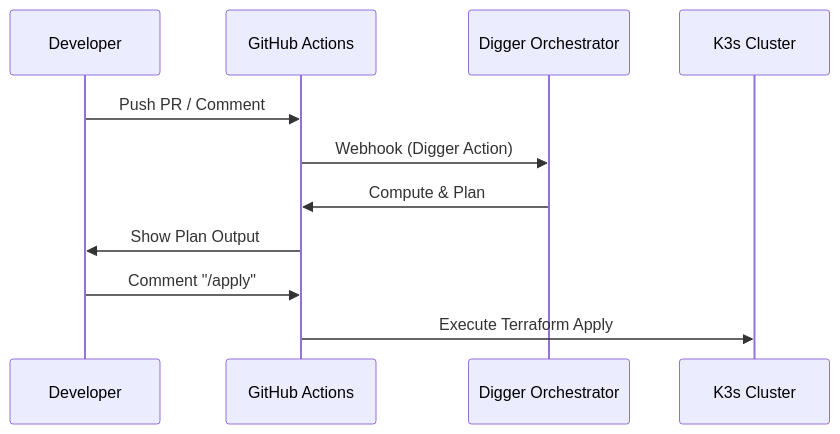
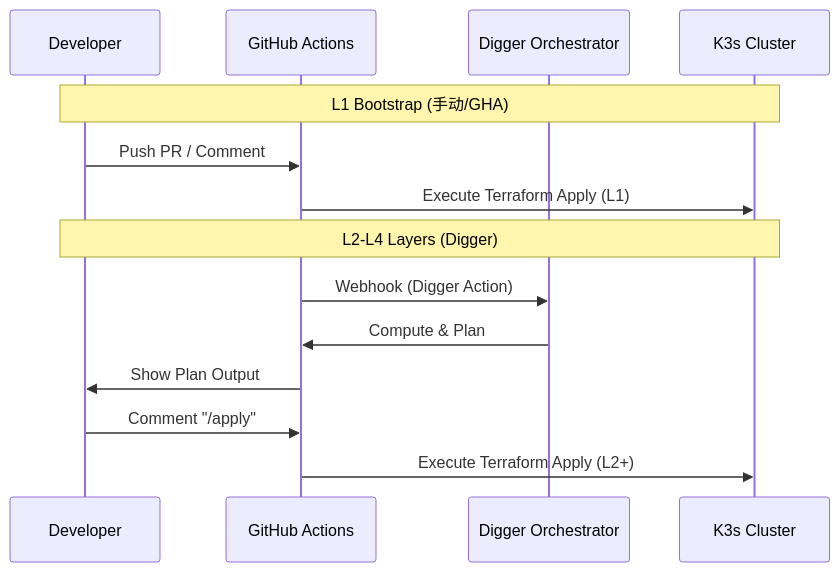
The diagram in docs/ssot/bootstrap.compute.md (wangzitian0/infra), drawn with Mermaid before and after one commit. The commit also changed other lines of this file and 7 other files, not shown here.

````diff
--- a/docs/ssot/bootstrap.compute.md
+++ b/docs/ssot/bootstrap.compute.md
@@ -70,14 +30,18 @@
 ```mermaid
 sequenceDiagram
     participant Dev as Developer
     participant GH as GitHub Actions
     participant DIG as Digger Orchestrator
     participant VPS as K3s Cluster
 
+    Note over Dev, VPS: L1 Bootstrap (手动/GHA)
     Dev->>GH: Push PR / Comment
+    GH->>VPS: Execute Terraform Apply (L1)
+
+    Note over Dev, VPS: L2-L4 Layers (Digger)
     GH->>DIG: Webhook (Digger Action)
     DIG->>GH: Compute & Plan
     GH->>Dev: Show Plan Output
     Dev->>GH: Comment "/apply"
-    GH->>VPS: Execute Terraform Apply
+    GH->>VPS: Execute Terraform Apply (L2+)
 ```
````
